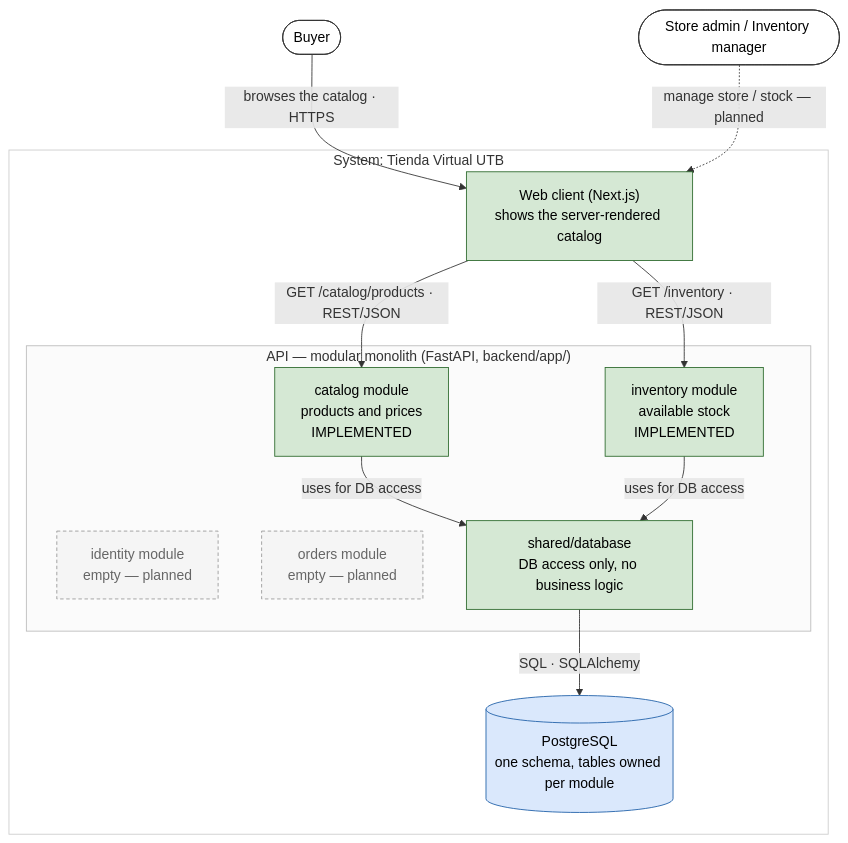
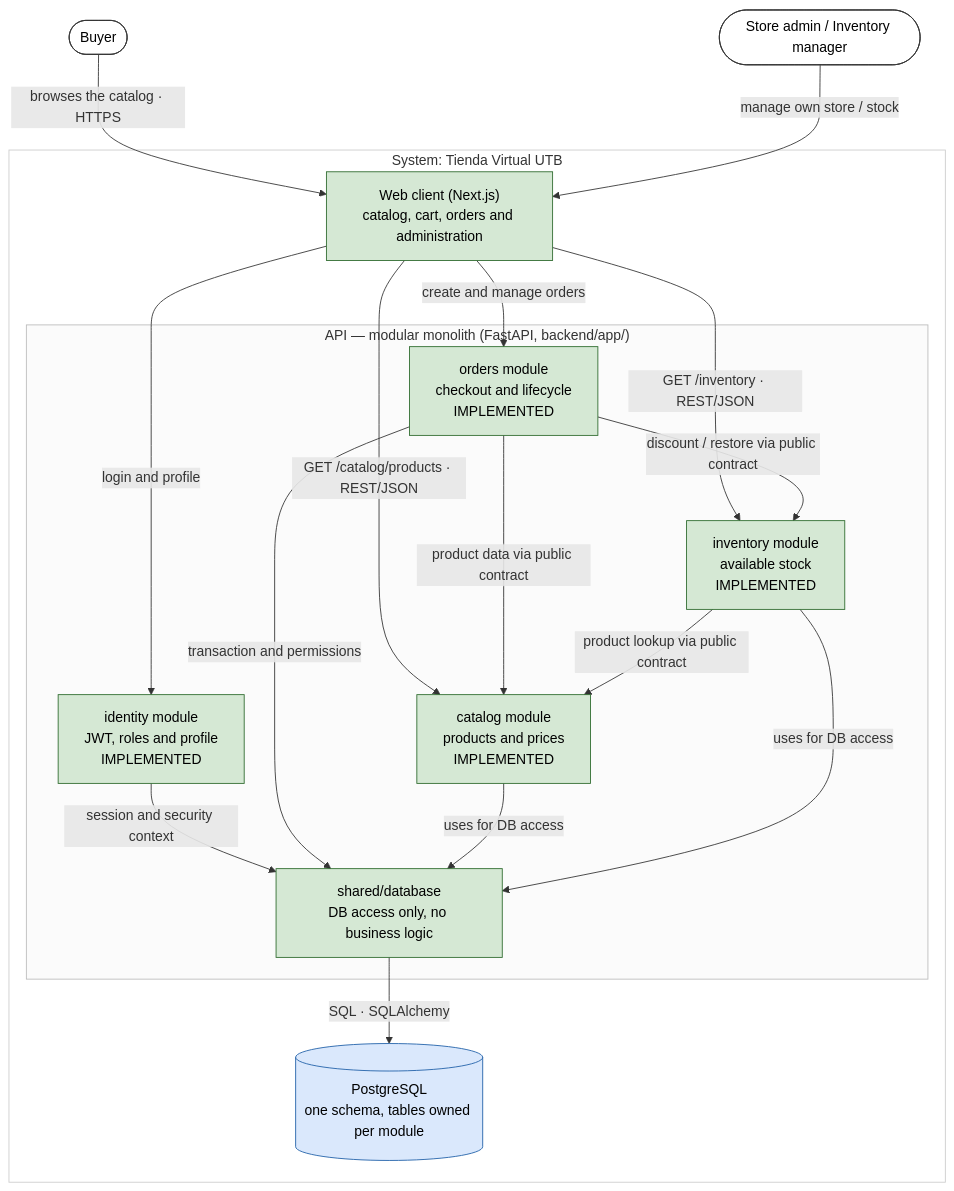
Before and after one commit to ISCOUTB/AS_202620_TIENDA-VIRTUAL-UTB: the second of 7 diagrams in docs/arc42/arc42-template-EN.md, drawn with Mermaid. The commit also changed other lines of this file and 25 other files, not shown here.

````diff
--- a/docs/arc42/arc42-template-EN.md
+++ b/docs/arc42/arc42-template-EN.md
@@ -235,32 +231,39 @@
 ```mermaid
 flowchart TB
     buyer([Buyer]):::actor
     staff([Store admin / Inventory manager]):::actor
 
     subgraph system["System: Tienda Virtual UTB"]
-        web["Web client (Next.js)<br/>shows the server-rendered catalog"]:::impl
+        web["Web client (Next.js)<br/>catalog, cart, orders and administration"]:::impl
         subgraph api["API — modular monolith (FastAPI, backend/app/)"]
             catalog["catalog module<br/>products and prices<br/>IMPLEMENTED"]:::impl
-            identity["identity module<br/>empty — planned"]:::todo
+            identity["identity module<br/>JWT, roles and profile<br/>IMPLEMENTED"]:::impl
             inventory["inventory module<br/>available stock<br/>IMPLEMENTED"]:::impl
-            orders["orders module<br/>empty — planned"]:::todo
+            orders["orders module<br/>checkout and lifecycle<br/>IMPLEMENTED"]:::impl
             shared["shared/database<br/>DB access only, no business logic"]:::impl
         end
         db[("PostgreSQL<br/>one schema, tables owned per module")]:::data
     end
 
     buyer -->|"browses the catalog · HTTPS"| web
-    staff -.->|"manage store / stock — planned"| web
+    staff -->|"manage own store / stock"| web
     web -->|"GET /catalog/products · REST/JSON"| catalog
     web -->|"GET /inventory · REST/JSON"| inventory
+    web -->|"login and profile"| identity
+    web -->|"create and manage orders"| orders
+    orders -->|"product data via public contract"| catalog
+    orders -->|"discount / restore via public contract"| inventory
+    inventory -->|"product lookup via public contract"| catalog
+    identity -->|"session and security context"| shared
+    orders -->|"transaction and permissions"| shared
     catalog -->|"uses for DB access"| shared
     inventory -->|"uses for DB access"| shared
     shared -->|"SQL · SQLAlchemy"| db
 
     classDef actor fill:#ffffff,stroke:#333333,color:#000000
     classDef impl fill:#d5e8d4,stroke:#2d6a2d,color:#000000
     classDef todo fill:#f5f5f5,stroke:#999999,color:#666666,stroke-dasharray:4 3
     classDef data fill:#dae8fc,stroke:#1f5fa8,color:#000000
     style system fill:#ffffff,stroke:#cccccc
     style api fill:#fbfbfb,stroke:#bbbbbb
 ```
````
